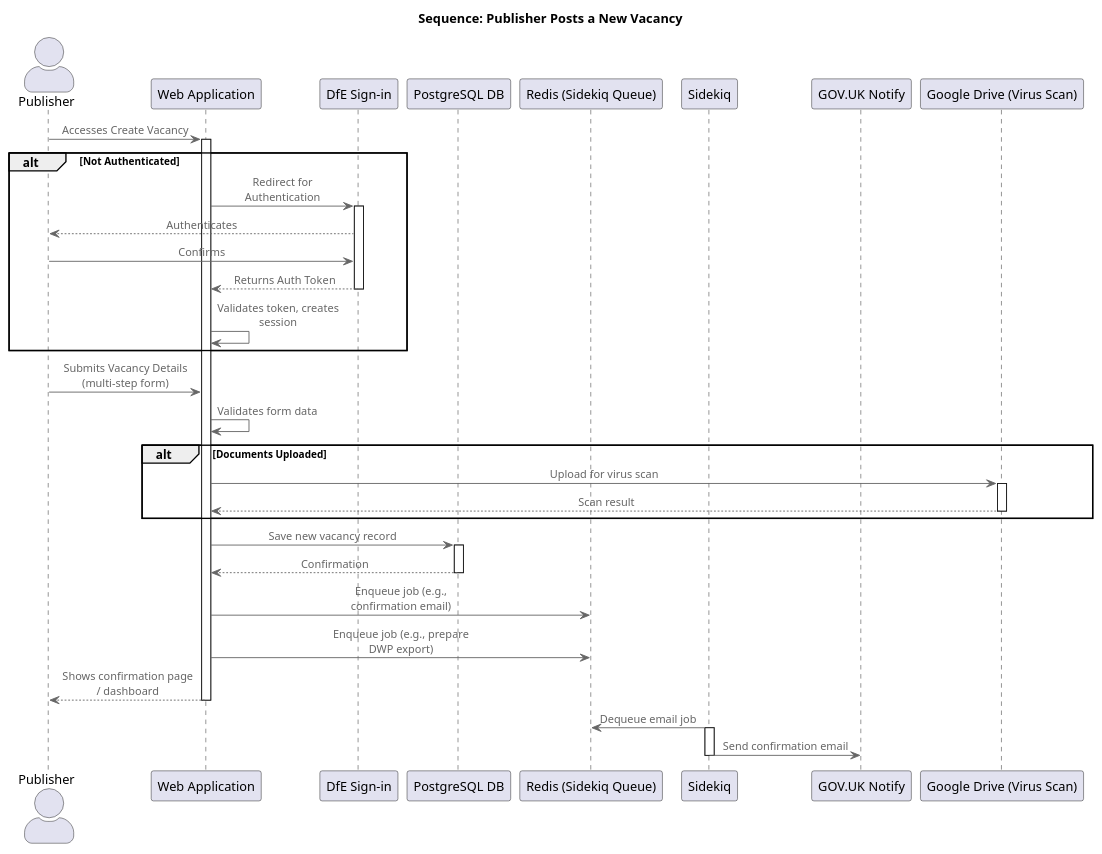
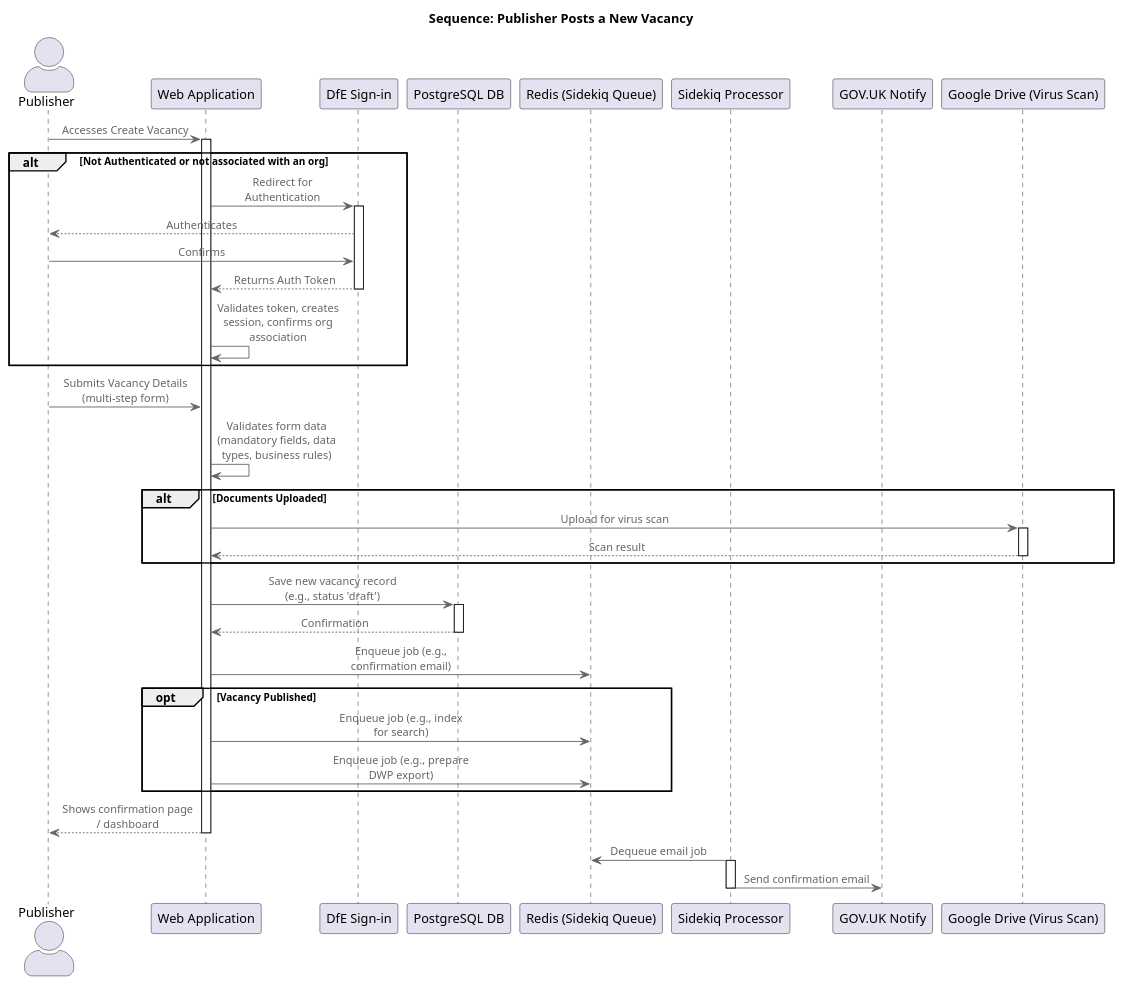
Before and after one commit to chrisstorey/teaching-vacancies: the second of 2 diagrams in documentation/arc42/arc42_template.md, drawn with PlantUML. The commit also changed other lines of this file, not shown here.

````diff
--- a/documentation/arc42/arc42_template.md
+++ b/documentation/arc42/arc42_template.md
@@ -348,56 +350,59 @@
 ```plantuml
 @startuml PublisherPostsVacancyScenario
 !include https://raw.githubusercontent.com/plantuml-stdlib/C4-PlantUML/master/C4_Container.puml
 
 title Sequence: Publisher Posts a New Vacancy
 
 actor Publisher
-participant WebApp as "Web Application"
-participant DfeSignIn as "DfE Sign-in"
-participant PostgreSQL as "PostgreSQL DB"
-participant RedisQueue as "Redis (Sidekiq Queue)"
-participant Sidekiq
-participant GovUKNotify as "GOV.UK Notify"
-participant GoogleDrive as "Google Drive (Virus Scan)"
+participant "Web Application" as WebApp
+participant "DfE Sign-in" as DfeSignIn
+participant "PostgreSQL DB" as PostgreSQL
+participant "Redis (Sidekiq Queue)" as RedisQueue
+participant "Sidekiq Processor" as Sidekiq
+participant "GOV.UK Notify" as GovUKNotify
+participant "Google Drive (Virus Scan)" as GoogleDrive
 
 Publisher -> WebApp: Accesses Create Vacancy
 activate WebApp
 
-alt Not Authenticated
+alt Not Authenticated or not associated with an org
     WebApp -> DfeSignIn: Redirect for Authentication
     activate DfeSignIn
     DfeSignIn --> Publisher: Authenticates
     Publisher -> DfeSignIn: Confirms
     DfeSignIn --> WebApp: Returns Auth Token
     deactivate DfeSignIn
-    WebApp -> WebApp: Validates token, creates session
+    WebApp -> WebApp: Validates token, creates session, confirms org association
 end
 
 Publisher -> WebApp: Submits Vacancy Details (multi-step form)
-WebApp -> WebApp: Validates form data
+WebApp -> WebApp: Validates form data (mandatory fields, data types, business rules)
 
 alt Documents Uploaded
     WebApp -> GoogleDrive: Upload for virus scan
     activate GoogleDrive
     GoogleDrive --> WebApp: Scan result
     deactivate GoogleDrive
 end
 
-WebApp -> PostgreSQL: Save new vacancy record
+WebApp -> PostgreSQL: Save new vacancy record (e.g., status 'draft')
 activate PostgreSQL
 PostgreSQL --> WebApp: Confirmation
 deactivate PostgreSQL
 
 WebApp -> RedisQueue: Enqueue job (e.g., confirmation email)
-WebApp -> RedisQueue: Enqueue job (e.g., prepare DWP export)
+opt Vacancy Published
+    WebApp -> RedisQueue: Enqueue job (e.g., index for search)
+    WebApp -> RedisQueue: Enqueue job (e.g., prepare DWP export)
+end
 
 WebApp --> Publisher: Shows confirmation page / dashboard
 deactivate WebApp
 
 Sidekiq -> RedisQueue: Dequeue email job
 activate Sidekiq
 Sidekiq -> GovUKNotify: Send confirmation email
 deactivate Sidekiq
 ' ... other jobs like DWP export would follow a similar pattern via Sidekiq ...
 @enduml
 ```
````
